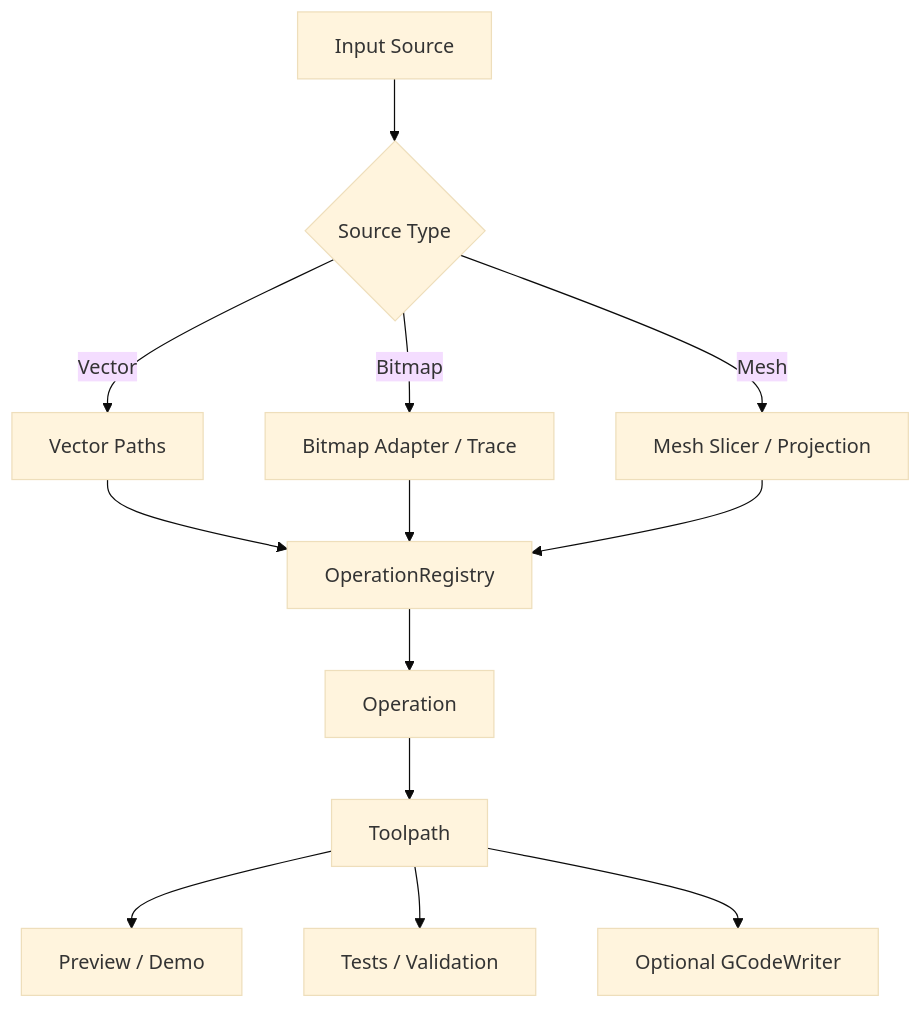
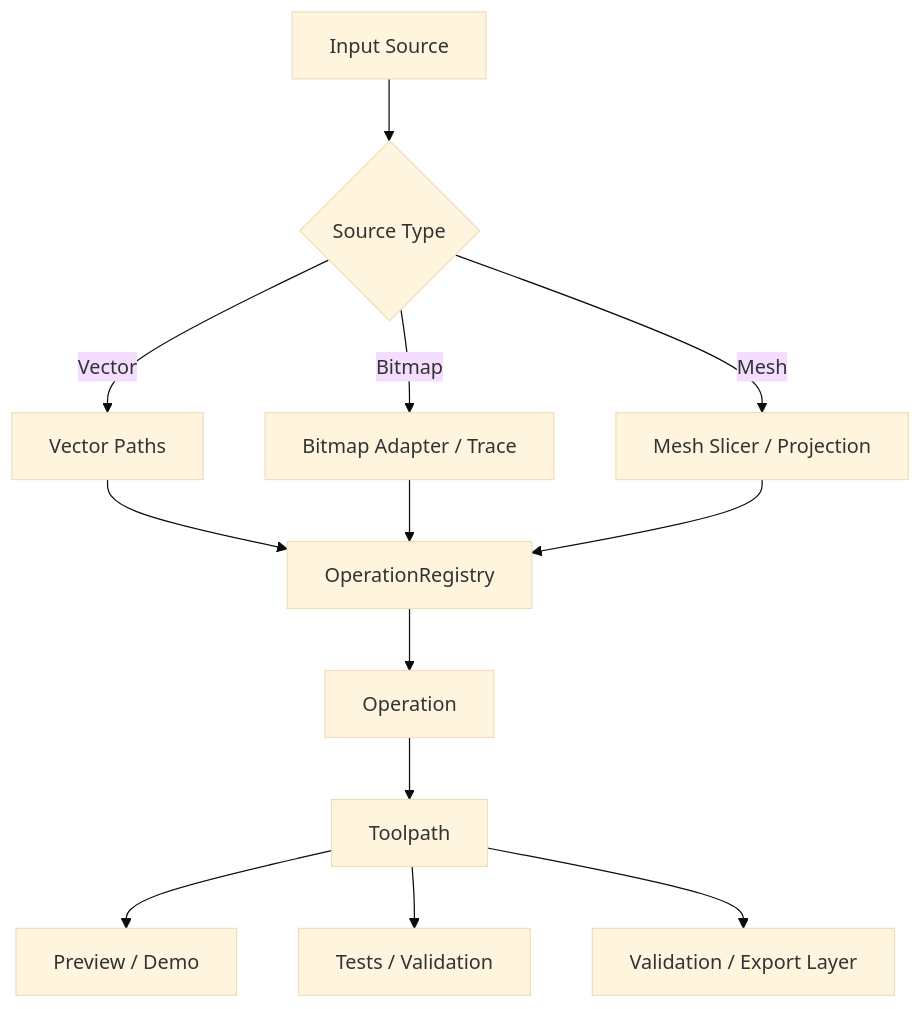
One commit to petervanderwalt/cam-engine changed the diagram in README.md. Above: the diagram before and after it, drawn with Mermaid (base theme). The commit also changed other lines of this file and 8 other files, not shown here.

````diff
--- a/README.md
+++ b/README.md
@@ -71,15 +65,15 @@
 ```mermaid
 flowchart TD
   A["Input Source"] --> B{"Source Type"}
   B -->|Vector| C["Vector Paths"]
   B -->|Bitmap| D["Bitmap Adapter / Trace"]
   B -->|Mesh| E["Mesh Slicer / Projection"]
   C --> F["OperationRegistry"]
   D --> F
   E --> F
   F --> G["Operation"]
   G --> H["Toolpath"]
   H --> I["Preview / Demo"]
   H --> J["Tests / Validation"]
-  H --> K["Optional GCodeWriter"]
+  H --> K["Validation / Export Layer"]
 ```
````
